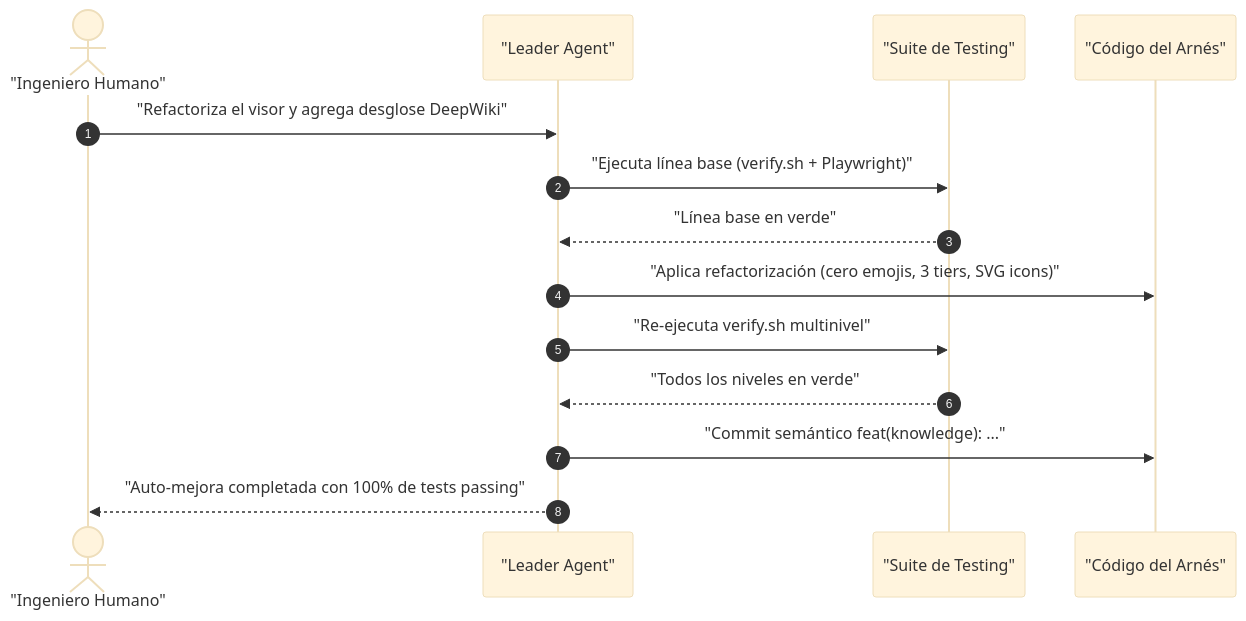
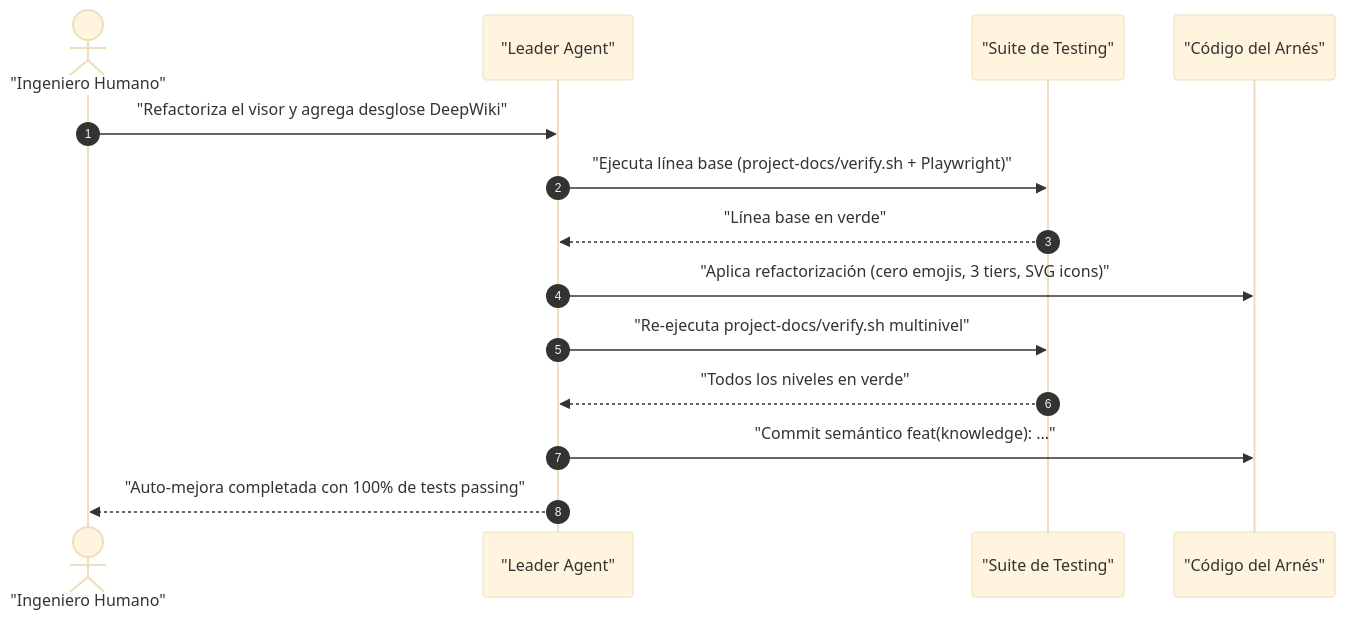
One commit to Nayid4/ContextForge changed the fourth of 4 diagrams in project-docs/knowledge/03-capabilities-and-features.md. Above: the diagram before and after it, drawn with Mermaid (base theme). The commit also changed other lines of this file and 106 other files, not shown here.

Commit message:
feat(harness): encapsulate specs, verify.sh and project-spec in project-docs

````diff
--- a/project-docs/knowledge/03-capabilities-and-features.md
+++ b/project-docs/knowledge/03-capabilities-and-features.md
@@ -262,17 +262,17 @@
 ```mermaid
 sequenceDiagram
   autonumber
   actor Dev as "Ingeniero Humano"
   participant Leader as "Leader Agent"
   participant QA as "Suite de Testing"
   participant Code as "Código del Arnés"
 
   Dev->>Leader: "Refactoriza el visor y agrega desglose DeepWiki"
-  Leader->>QA: "Ejecuta línea base (verify.sh + Playwright)"
+  Leader->>QA: "Ejecuta línea base (project-docs/verify.sh + Playwright)"
   QA-->>Leader: "Línea base en verde"
   Leader->>Code: "Aplica refactorización (cero emojis, 3 tiers, SVG icons)"
-  Leader->>QA: "Re-ejecuta verify.sh multinivel"
+  Leader->>QA: "Re-ejecuta project-docs/verify.sh multinivel"
   QA-->>Leader: "Todos los niveles en verde"
   Leader->>Code: "Commit semántico feat(knowledge): ..."
   Leader-->>Dev: "Auto-mejora completada con 100% de tests passing"
 ```
````
